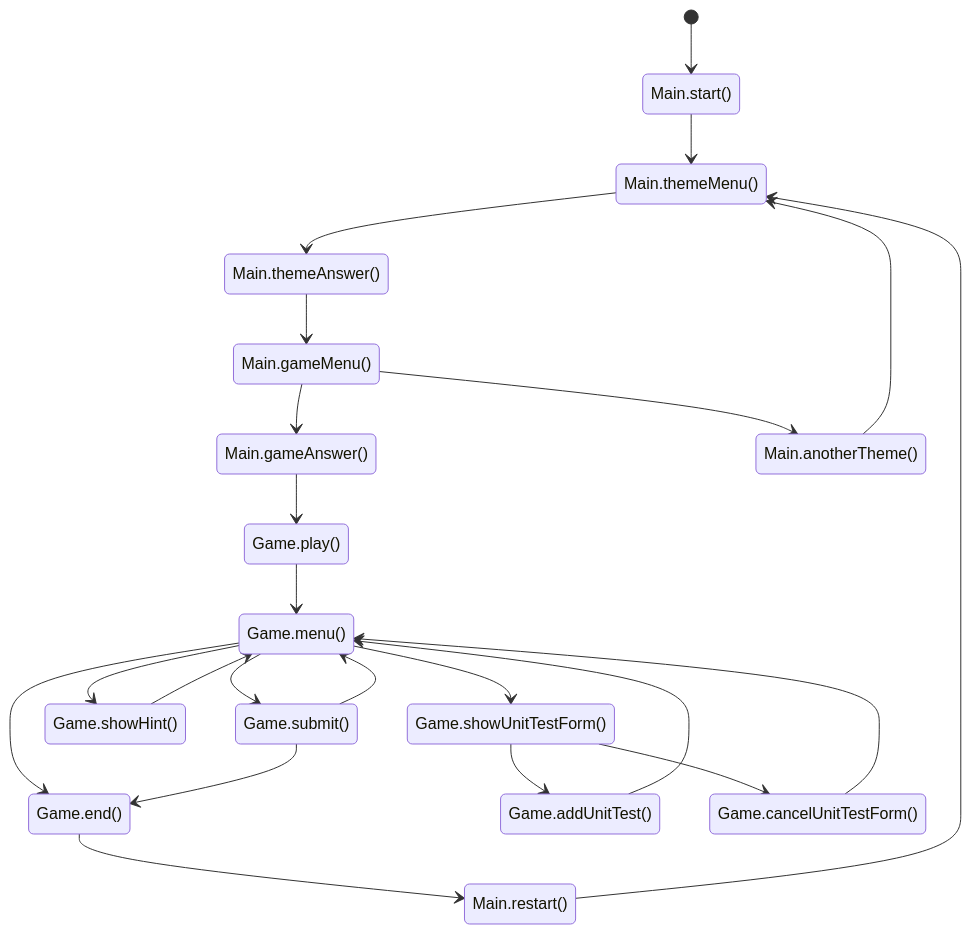
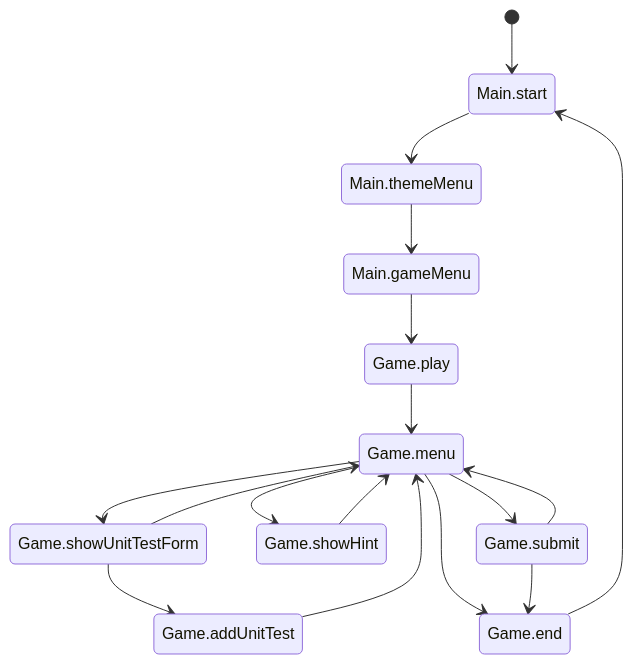
The diagram in README.md (reimf/unittestgame.com), drawn with Mermaid before and after one commit. The commit also changed other lines of this file and 44 other files, not shown here.

````diff
--- a/README.md
+++ b/README.md
@@ -7,25 +7,19 @@
 ```mermaid
 stateDiagram-v2
-    [*] --> Main.start()
-    Main.start() --> Main.themeMenu()
-    Main.restart() --> Main.themeMenu()
-    Main.themeMenu() --> Main.themeAnswer()
-    Main.themeAnswer() --> Main.gameMenu()
-    Main.gameMenu() --> Main.gameAnswer()
-    Main.gameAnswer() --> Game.play()
-    Main.gameMenu() --> Main.anotherTheme()
-    Main.anotherTheme() --> Main.themeMenu()
-    Game.play() --> Game.menu()
-    Game.menu() --> Game.showUnitTestForm()
-    Game.menu() --> Game.showHint()
-    Game.menu() --> Game.submit()
-    Game.menu() --> Game.end()
-    Game.showUnitTestForm() --> Game.addUnitTest()
-    Game.showUnitTestForm() --> Game.cancelUnitTestForm()
-    Game.cancelUnitTestForm() --> Game.menu()
-    Game.addUnitTest() --> Game.menu()
-    Game.showHint() --> Game.menu()
-    Game.submit() --> Game.menu()
-    Game.submit() --> Game.end()
-    Game.end() --> Main.restart()
+    [*] --> Main.start
+    Main.start --> Main.themeMenu
+    Main.themeMenu --> Main.gameMenu
+    Main.gameMenu --> Game.play
+    Game.play --> Game.menu
+    Game.menu --> Game.showUnitTestForm
+    Game.menu --> Game.showHint
+    Game.menu --> Game.submit
+    Game.menu --> Game.end
+    Game.showUnitTestForm --> Game.addUnitTest
+    Game.showUnitTestForm --> Game.menu
+    Game.addUnitTest --> Game.menu
+    Game.showHint --> Game.menu
+    Game.submit --> Game.menu
+    Game.submit --> Game.end
+    Game.end --> Main.start
 ```
````
